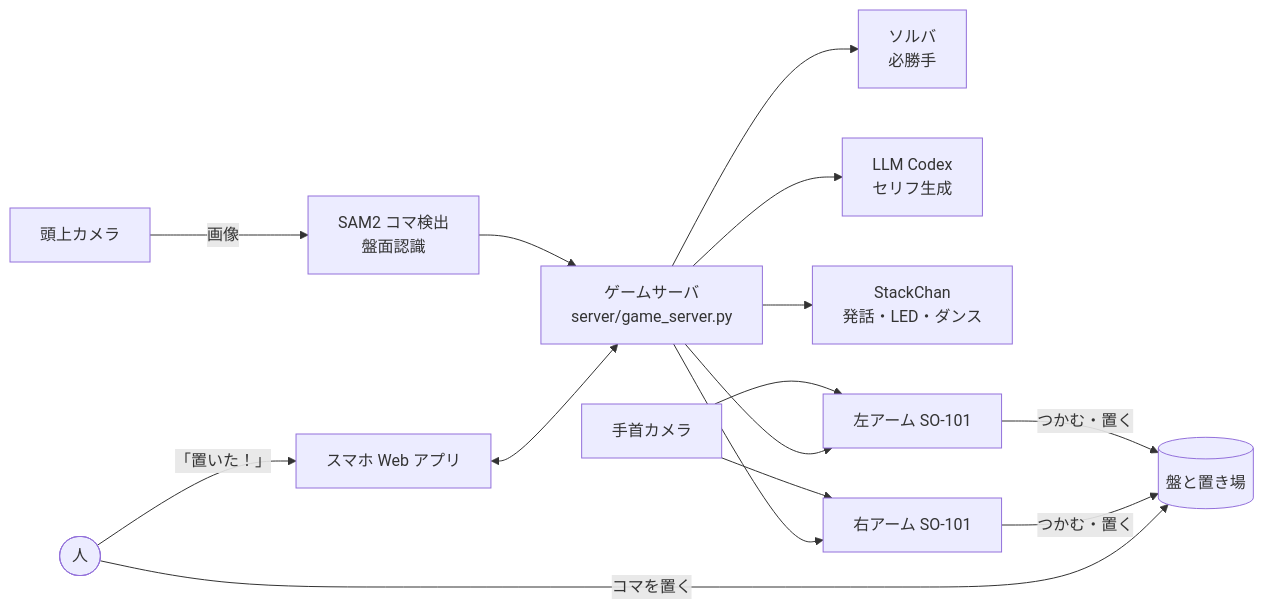
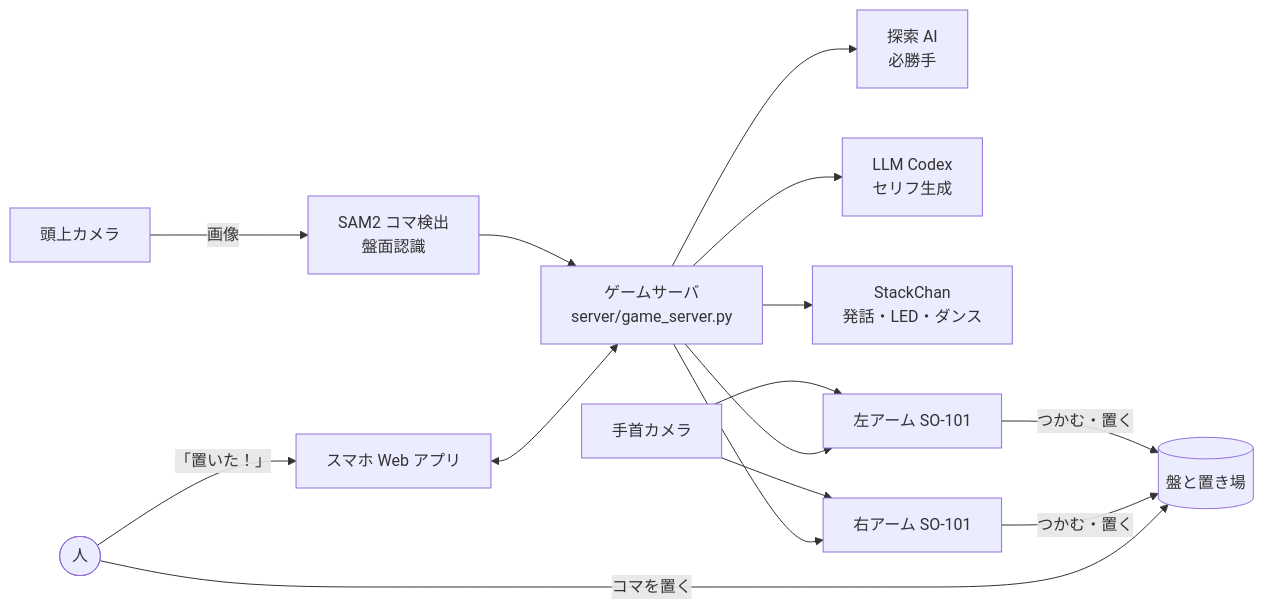
The first of 4 diagrams in README.md (tktm8/pai-final-tiramisu), drawn with Mermaid before and after one commit. The commit also changed other lines of this file, not shown here.

````diff
--- a/README.md
+++ b/README.md
@@ -38,17 +38,17 @@
 ```mermaid
 flowchart LR
     H([人]) -- コマを置く --> B[(盤と置き場)]
     H -- 「置いた！」 --> W[スマホ Web アプリ]
     W <--> S[ゲームサーバ<br/>server/game_server.py]
     TC[頭上カメラ] -- 画像 --> P[SAM2 コマ検出<br/>盤面認識]
     P --> S
-    S --> SV[ソルバ<br/>必勝手]
+    S --> SV[探索 AI<br/>必勝手]
     S --> L[LLM Codex<br/>セリフ生成]
     S --> SC[StackChan<br/>発話・LED・ダンス]
     S --> R[右アーム SO-101]
     S --> LA[左アーム SO-101]
     WC[手首カメラ] --> R
     WC --> LA
     R -- つかむ・置く --> B
     LA -- つかむ・置く --> B
 ```
````
